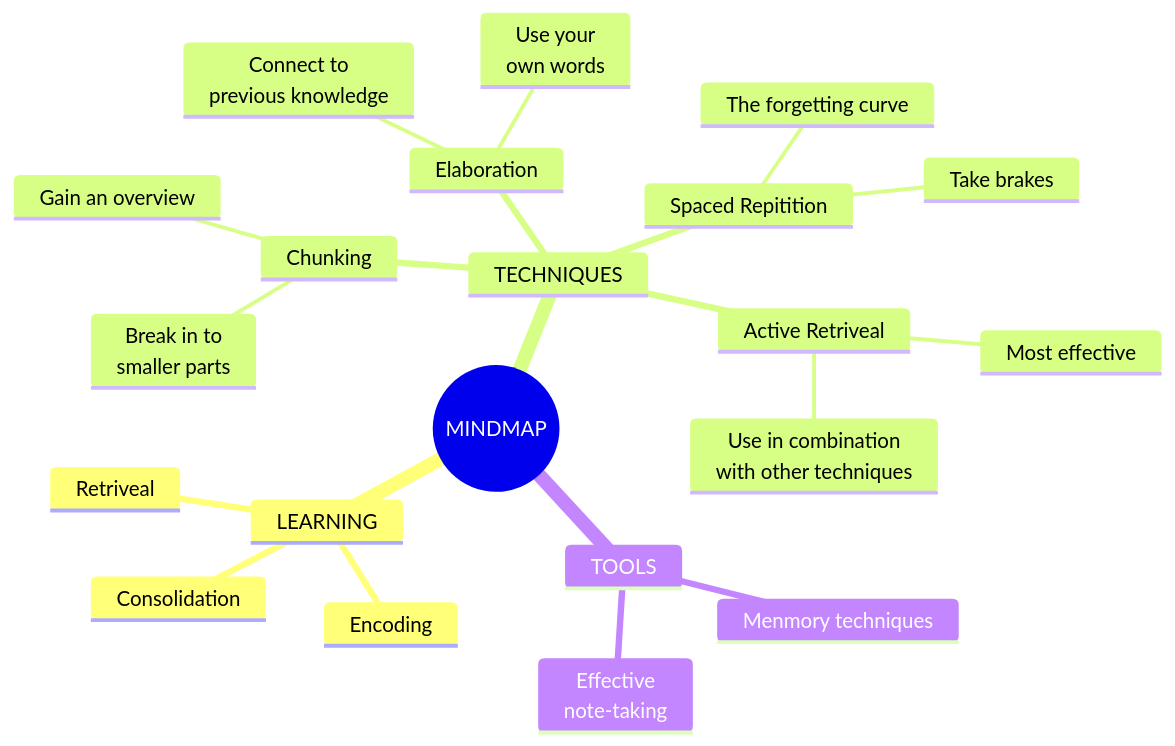
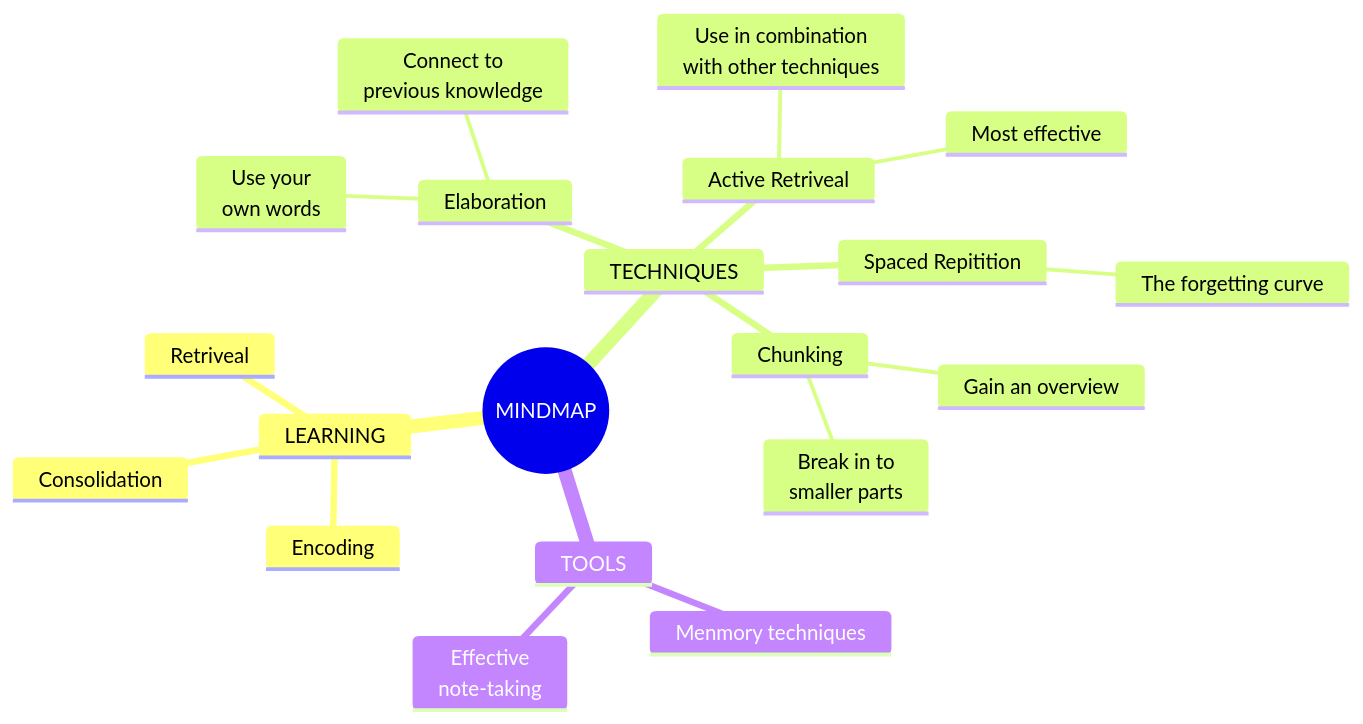
One commit to mandelcohen/StudyTechniques changed the first of 3 diagrams in README.md. Above: the diagram before and after it, drawn with Mermaid.

````diff
--- a/README.md
+++ b/README.md
@@ -99,24 +99,23 @@
 ```mermaid
 mindmap
   root((MINDMAP))
     LEARNING
       Encoding
       Consolidation
       Retriveal
     TECHNIQUES
       Elaboration
         Use your<br/>own words
         Connect to<br/>previous knowledge
       Active Retriveal
         Most effective
         Use in combination<br/>with other techniques
       Spaced Repitition
         The forgetting curve
-        Take brakes
       Chunking
         Break in to<br/>smaller parts
         Gain an overview
     TOOLS
       Menmory techniques
       Effective<br/>note-taking
 ```
````
